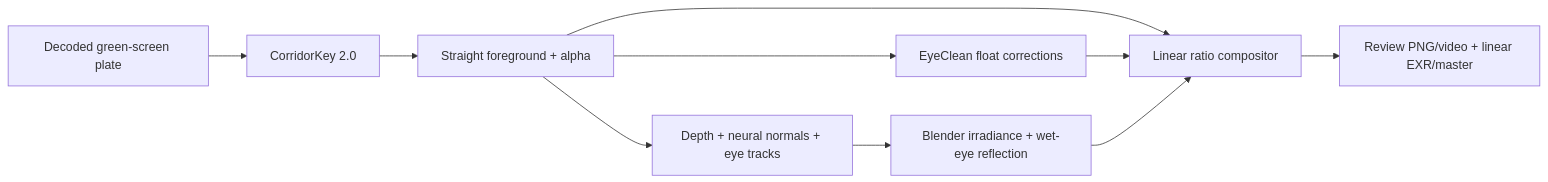
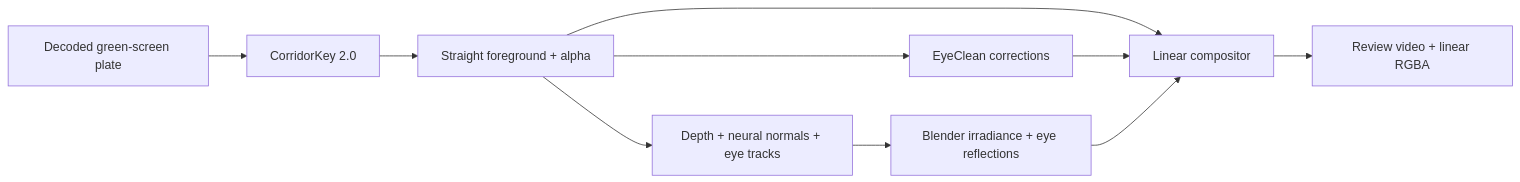
One commit to wessberg/NeuralGreenScreenRelighting changed the diagram in docs/ARCHITECTURE.md. Above: the diagram before and after it, drawn with Mermaid. The commit also changed other lines of this file and 8 other files, not shown here.

````diff
--- a/docs/ARCHITECTURE.md
+++ b/docs/ARCHITECTURE.md
@@ -6,12 +13,12 @@
 ```mermaid
 flowchart LR
     Plate[Decoded green-screen plate] --> Key[CorridorKey 2.0]
     Key --> FG[Straight foreground + alpha]
-    FG --> Eye[EyeClean float corrections]
+    FG --> Eye[EyeClean corrections]
     FG --> Geometry[Depth + neural normals + eye tracks]
-    Geometry --> Blender[Blender irradiance + wet-eye reflection]
-    FG --> Comp[Linear ratio compositor]
+    Geometry --> Blender[Blender irradiance + eye reflections]
+    FG --> Comp[Linear compositor]
     Eye --> Comp
     Blender --> Comp
-    Comp --> Export[Review PNG/video + linear EXR/master]
+    Comp --> Export[Review video + linear RGBA]
 ```
````
